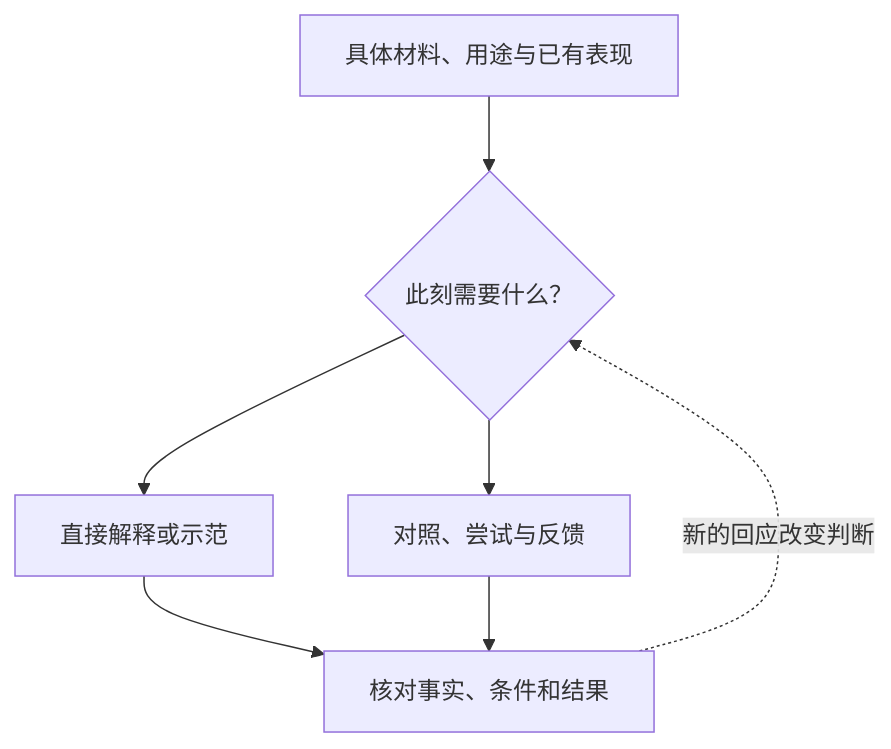
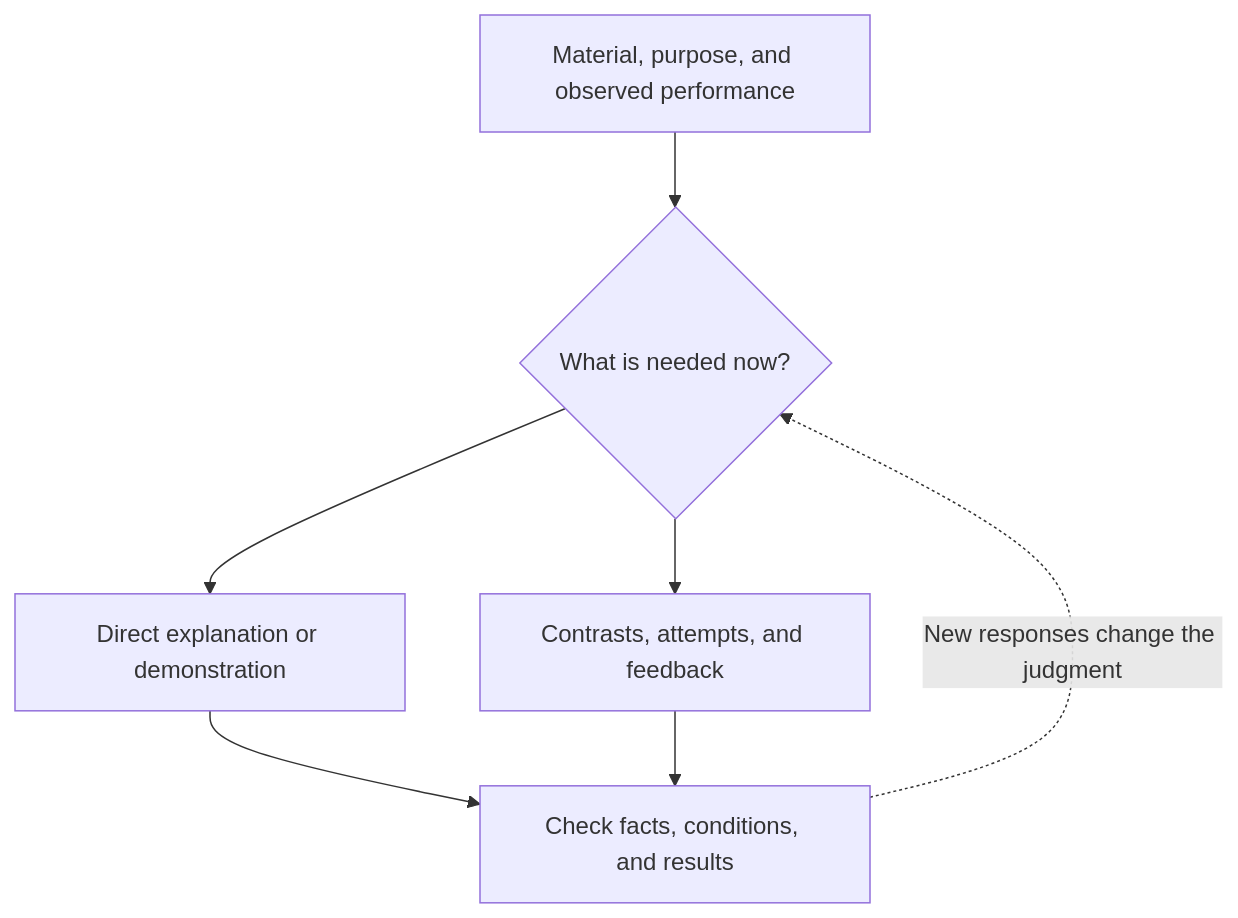
One commit to ariel-lee-1023/Indwell-via-Shared-Discern changed the first of 3 diagrams in README.md. Above: the diagram before and after it, drawn with Mermaid. The commit also changed other lines of this file, not shown here.

````diff
--- a/README.md
+++ b/README.md
@@ -11,11 +11,11 @@
 ```mermaid
 flowchart TD
-    accTitle: 根据实际表现选择教学行动
-    accDescr: 材料与学习者表现决定下一步，新的回应可改变选择。
-    A["具体材料、用途与已有表现"] --> B{"此刻需要什么？"}
-    B --> C["直接解释或示范"]
-    B --> D["对照、尝试与反馈"]
-    C --> E["核对事实、条件和结果"]
+    accTitle: Choose teaching moves from observed performance
+    accDescr: Material and learner performance inform the next move; new responses can change the choice.
+    A["Material, purpose, and observed performance"] --> B{"What is needed now?"}
+    B --> C["Direct explanation or demonstration"]
+    B --> D["Contrasts, attempts, and feedback"]
+    C --> E["Check facts, conditions, and results"]
     D --> E
-    E -.->|新的回应改变判断| B
+    E -.->|New responses change the judgment| B
 ```
````
